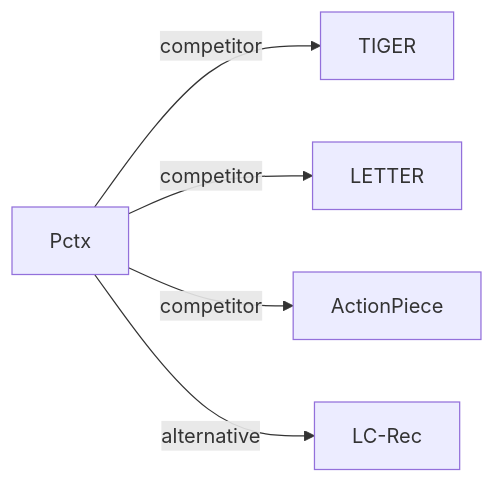
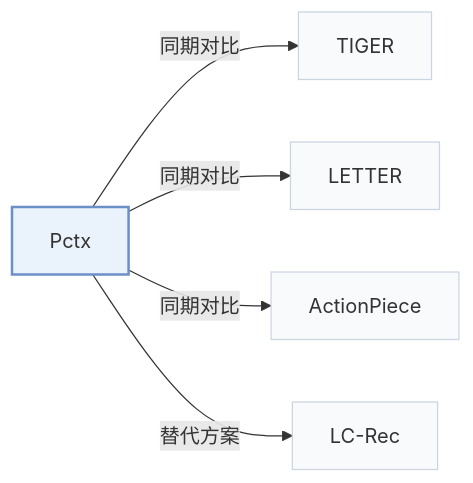
Before and after one commit to Galaxy-ghost/Awesome-SID-Generative-Rec: the second of 2 diagrams in pages/zh/papers/pctx.md, drawn with Mermaid. The commit also changed other lines of this file and 649 other files, not shown here.

Commit message:
writer-05: also tags and modality index (schema, check, build, visuals); summary field removed; calibration data for 12 papers

````diff
--- a/pages/zh/papers/pctx.md
+++ b/pages/zh/papers/pctx.md
@@ -69,8 +74,12 @@
 ```mermaid
 flowchart LR
     P["Pctx"]
-    P -->|competitor| A["TIGER"]
-    P -->|competitor| B["LETTER"]
-    P -->|competitor| C["ActionPiece"]
-    P -->|alternative| D["LC-Rec"]
+    P -->|"同期对比"| A["TIGER"]
+    P -->|"同期对比"| B["LETTER"]
+    P -->|"同期对比"| C["ActionPiece"]
+    P -->|"替代方案"| D["LC-Rec"]
+    classDef main fill:#eaf2fb,stroke:#6b8fc7,stroke-width:2px
+    classDef peer fill:#f8fafc,stroke:#cbd5e1
+    class P main
+    class A,B,C,D peer
 ```
````
